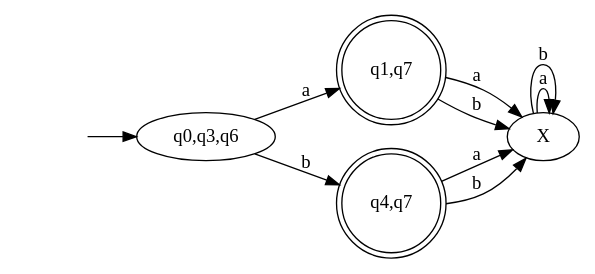
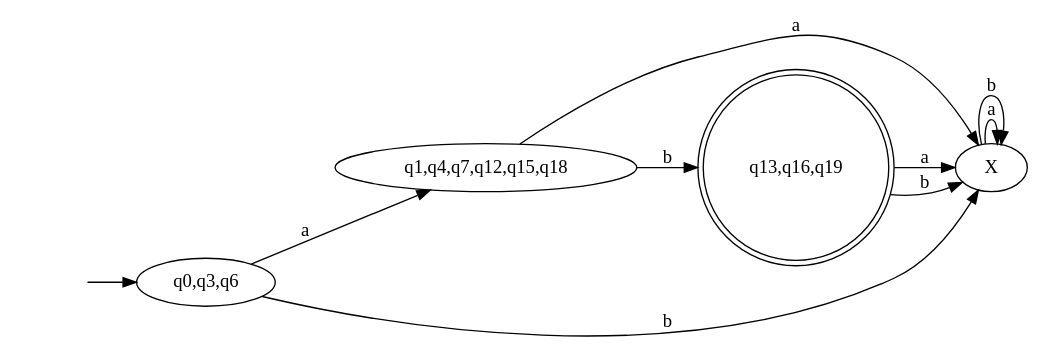
The diagram in step2.gv (Squarific/TalenEnAutomaten), drawn with Graphviz before and after one commit. The commit also changed 18 other files, not shown here.

```diff
--- a/step2.gv
+++ b/step2.gv
@@ -1,15 +1,14 @@
 digraph g{
 	rankdir=LR
 	-1[style="invis"];
 	-1->"q0,q3,q6";
-	"q0,q3,q6"->"q1,q7"[label="a"];
-	"q0,q3,q6"->"q4,q7"[label="b"];
-	"q1,q7"[shape="doublecircle"];
-	"q1,q7"->"X"[label="a"];
-	"q1,q7"->"X"[label="b"];
-	"q4,q7"[shape="doublecircle"];
-	"q4,q7"->"X"[label="a"];
-	"q4,q7"->"X"[label="b"];
+	"q0,q3,q6"->"q1,q4,q7,q12,q15,q18"[label="a"];
+	"q0,q3,q6"->"X"[label="b"];
+	"q1,q4,q7,q12,q15,q18"->"X"[label="a"];
+	"q1,q4,q7,q12,q15,q18"->"q13,q16,q19"[label="b"];
+	"q13,q16,q19"[shape="doublecircle"];
+	"q13,q16,q19"->"X"[label="a"];
+	"q13,q16,q19"->"X"[label="b"];
 	"X"->"X"[label="a"];
 	"X"->"X"[label="b"];
 }
```
